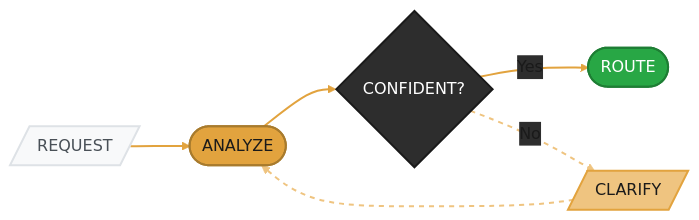
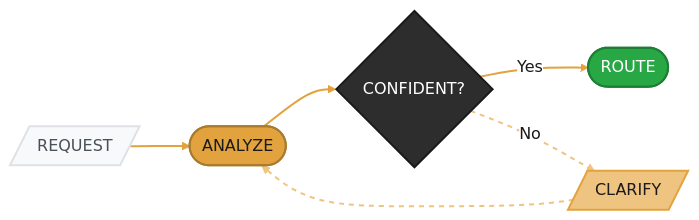
Before and after one commit to amd/gaia: the diagram in docs/guides/routing.mdx, drawn with Mermaid. The commit also changed other lines of this file and 43 other files, not shown here.

First line of the commit message:
docs: documentation audit pass 1 — accuracy, dark-mode diagrams, persona review

````diff
--- a/docs/guides/routing.mdx
+++ b/docs/guides/routing.mdx
@@ -37,18 +37,18 @@
 ```mermaid
-%%{init: {'theme':'base', 'themeVariables': { 'primaryColor':'#E2A33E', 'primaryTextColor':'#1a1a1a', 'primaryBorderColor':'#A87B2D', 'lineColor':'#EFC480', 'secondaryColor':'#2d2d2d', 'tertiaryColor':'#f5f5f5', 'fontFamily': 'system-ui, -apple-system, sans-serif'}}}%%
+%%{init: {'theme':'base', 'themeVariables': { 'primaryColor':'#E2A33E', 'primaryTextColor':'#1a1a1a', 'primaryBorderColor':'#A87B2D', 'lineColor':'#A87B2D', 'edgeLabelBackground':'#ffffff', 'fontFamily':'system-ui, -apple-system, sans-serif'}}}%%
 flowchart LR
     A[/"REQUEST"/] --> B(["ANALYZE"])
     B --> C{"CONFIDENT?"}
     C -->|Yes| D(["ROUTE"])
     C -->|No| E[/"CLARIFY"/]
     E --> B
 
     style A fill:#f8f9fa,stroke:#dee2e6,stroke-width:2px,color:#495057
     style B fill:#E2A33E,stroke:#A87B2D,stroke-width:2px,color:#1a1a1a
     style C fill:#2d2d2d,stroke:#1a1a1a,stroke-width:2px,color:#fff
     style D fill:#28a745,stroke:#1e7e34,stroke-width:2px,color:#fff
     style E fill:#EFC480,stroke:#E2A33E,stroke-width:2px,color:#1a1a1a
 
     linkStyle 0,1,2 stroke:#E2A33E,stroke-width:2px
     linkStyle 3,4 stroke:#EFC480,stroke-width:2px,stroke-dasharray:5
 ```
````
